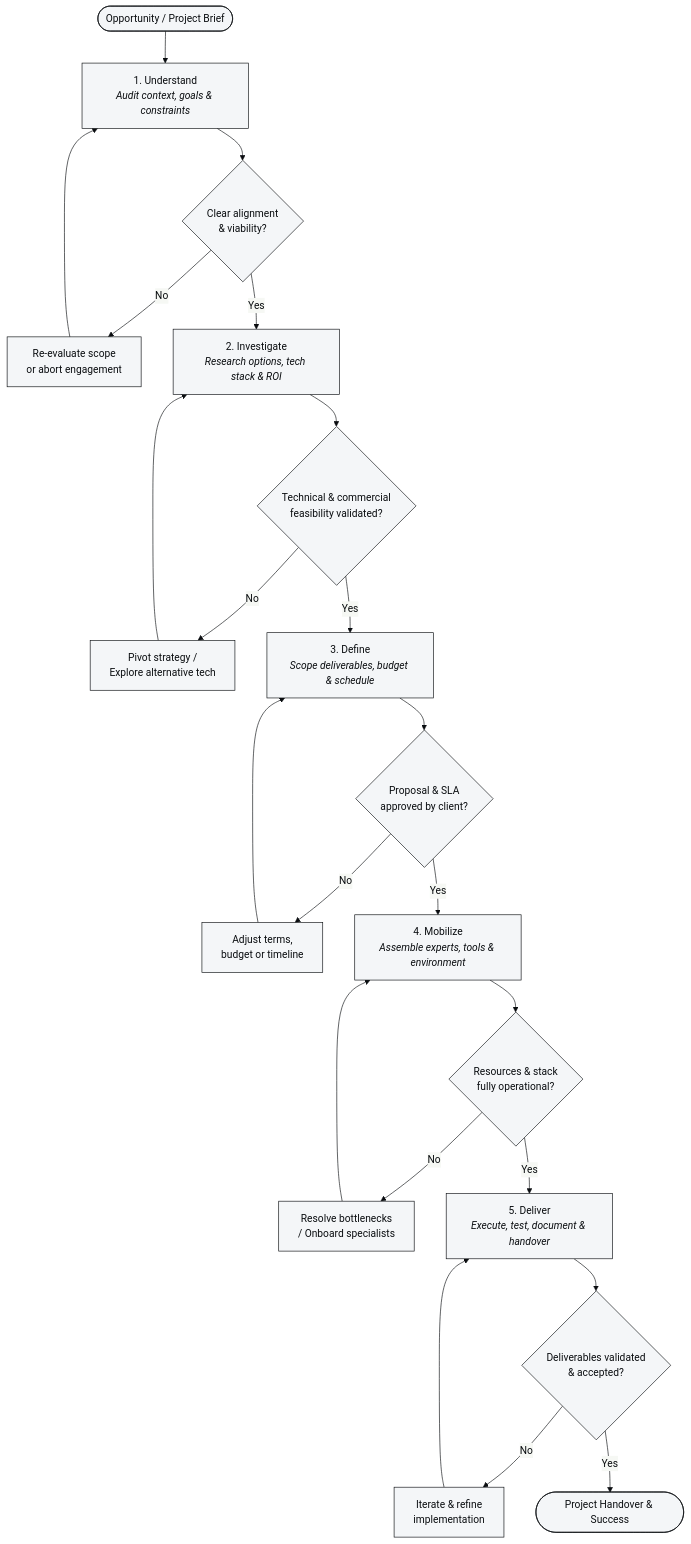
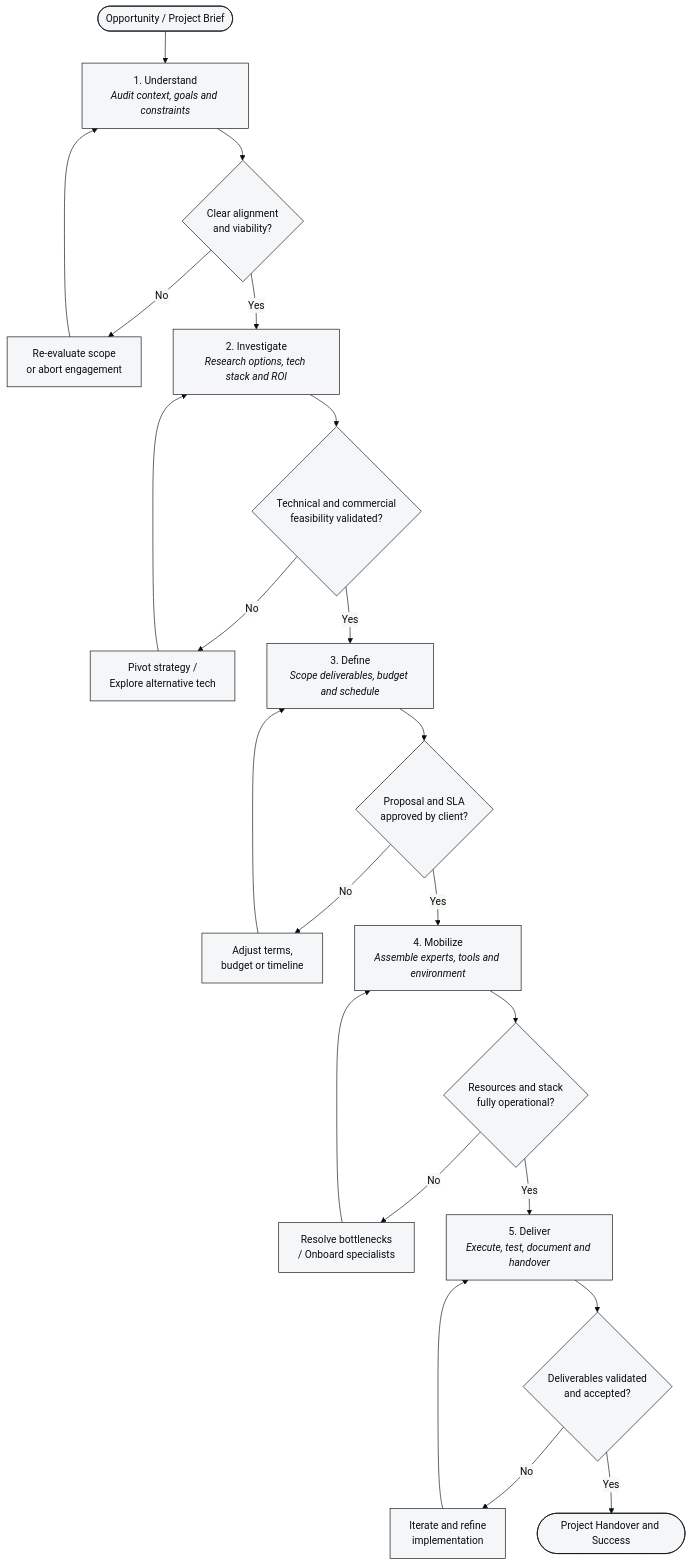
Before and after one commit to emyassine/base-feluka: the diagram in docs/site-2/src/guides/index.en.md, drawn with Mermaid. The commit also changed other lines of this file and 10 other files, not shown here.

````diff
--- a/docs/site-2/src/guides/index.en.md
+++ b/docs/site-2/src/guides/index.en.md
@@ -348,45 +348,45 @@
 ```mermaid
 %%{init: {
   'theme': 'base',
   'themeVariables': {
     'primaryColor': '#f4f6f8',
     'primaryTextColor': '#0a0d10',
     'primaryBorderColor': '#0a0d10',
     'lineColor': '#0a0d10',
     'textColor': '#0a0d10',
     'nodeBorder': '#0a0d10'
   }
 }}%%
 flowchart TD
-    Start([Opportunity / Project Brief]) --> P1["1. Understand<br/><i>Audit context, goals & constraints</i>"]
+    Start([Opportunity / Project Brief]) --> P1["1. Understand<br/><i>Audit context, goals and constraints</i>"]
 
-    P1 --> Q1{"Clear alignment<br/>& viability?"}
+    P1 --> Q1{"Clear alignment<br/>and viability?"}
     Q1 -- No --> Redefine1["Re-evaluate scope<br/>or abort engagement"]
     Redefine1 --> P1
 
-    Q1 -- Yes --> P2["2. Investigate<br/><i>Research options, tech stack & ROI</i>"]
+    Q1 -- Yes --> P2["2. Investigate<br/><i>Research options, tech stack and ROI</i>"]
 
-    P2 --> Q2{"Technical & commercial<br/>feasibility validated?"}
+    P2 --> Q2{"Technical and commercial<br/>feasibility validated?"}
     Q2 -- No --> Pivot["Pivot strategy /<br/>Explore alternative tech"]
     Pivot --> P2
 
-    Q2 -- Yes --> P3["3. Define<br/><i>Scope deliverables, budget & schedule</i>"]
+    Q2 -- Yes --> P3["3. Define<br/><i>Scope deliverables, budget and schedule</i>"]
 
-    P3 --> Q3{"Proposal & SLA<br/>approved by client?"}
+    P3 --> Q3{"Proposal and SLA<br/>approved by client?"}
     Q3 -- No --> Adjust["Adjust terms,<br/>budget or timeline"]
     Adjust --> P3
 
-    Q3 -- Yes --> P4["4. Mobilize<br/><i>Assemble experts, tools & environment</i>"]
+    Q3 -- Yes --> P4["4. Mobilize<br/><i>Assemble experts, tools and environment</i>"]
 
-    P4 --> Q4{"Resources & stack<br/>fully operational?"}
+    P4 --> Q4{"Resources and stack<br/>fully operational?"}
     Q4 -- No --> Resolve["Resolve bottlenecks<br/>/ Onboard specialists"]
     Resolve --> P4
 
-    Q4 -- Yes --> P5["5. Deliver<br/><i>Execute, test, document & handover</i>"]
+    Q4 -- Yes --> P5["5. Deliver<br/><i>Execute, test, document and handover</i>"]
 
-    P5 --> Q5{"Deliverables validated<br/>& accepted?"}
-    Q5 -- No --> Refine["Iterate & refine<br/>implementation"]
+    P5 --> Q5{"Deliverables validated<br/>and accepted?"}
+    Q5 -- No --> Refine["Iterate and refine<br/>implementation"]
     Refine --> P5
 
-    Q5 -- Yes --> End([Project Handover & Success])
+    Q5 -- Yes --> End([Project Handover and Success])
 ```
````
